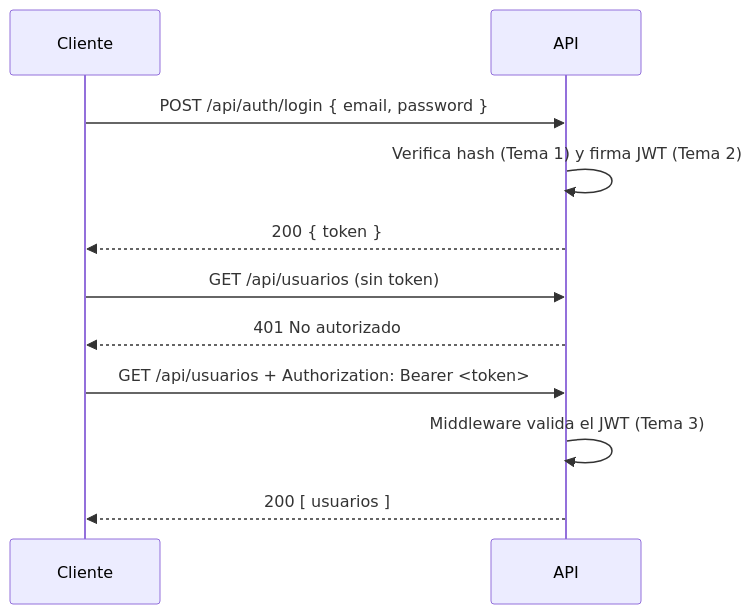
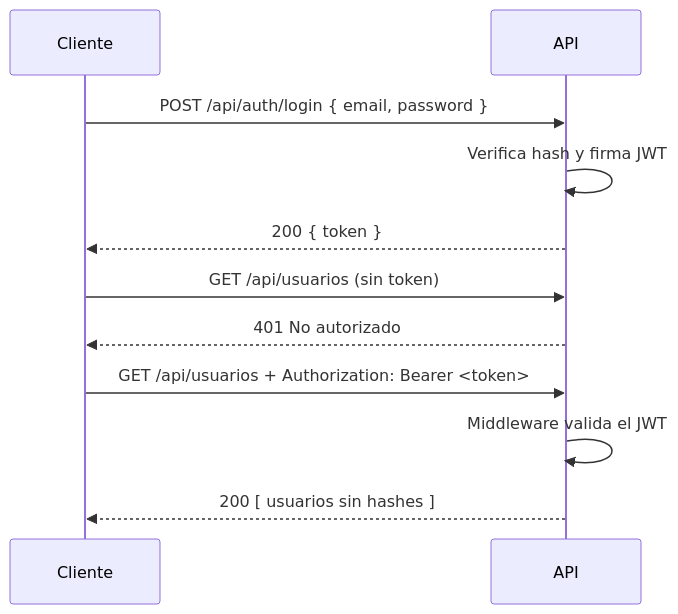
Before and after one commit to NICORUIZ93/The_Imperial_Book: the second of 2 diagrams in web/public/content/node/modulo-6.md, drawn with Mermaid. The commit also changed other lines of this file and 33 other files, not shown here.

````diff
--- a/web/public/content/node/modulo-6.md
+++ b/web/public/content/node/modulo-6.md
@@ -512,13 +781,13 @@
 ```mermaid
 sequenceDiagram
   participant C as Cliente
   participant A as API
   C->>A: POST /api/auth/login { email, password }
-  A->>A: Verifica hash (Tema 1) y firma JWT (Tema 2)
+  A->>A: Verifica hash y firma JWT
   A-->>C: 200 { token }
   C->>A: GET /api/usuarios (sin token)
   A-->>C: 401 No autorizado
   C->>A: GET /api/usuarios + Authorization: Bearer <token>
-  A->>A: Middleware valida el JWT (Tema 3)
-  A-->>C: 200 [ usuarios ]
+  A->>A: Middleware valida el JWT
+  A-->>C: 200 [ usuarios sin hashes ]
 ```
````
